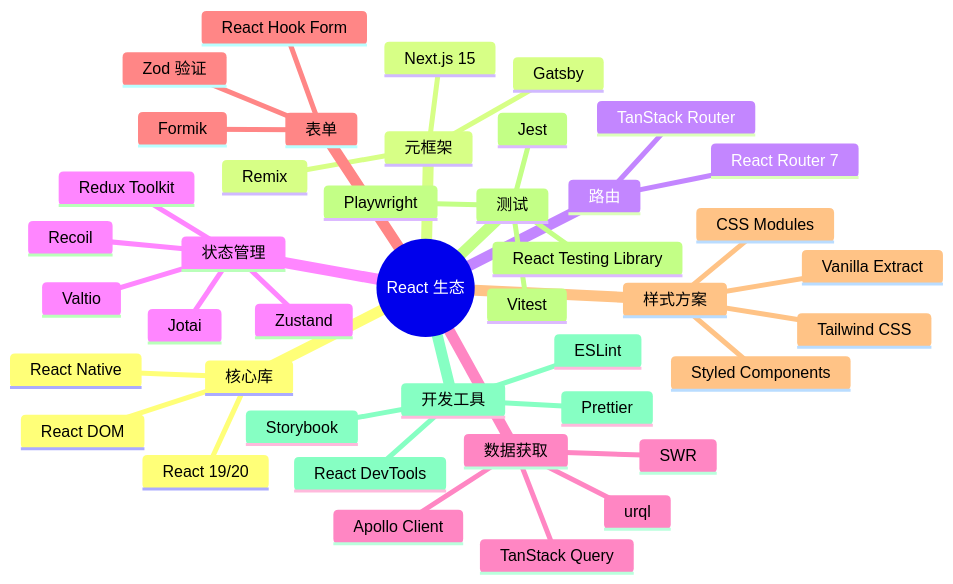
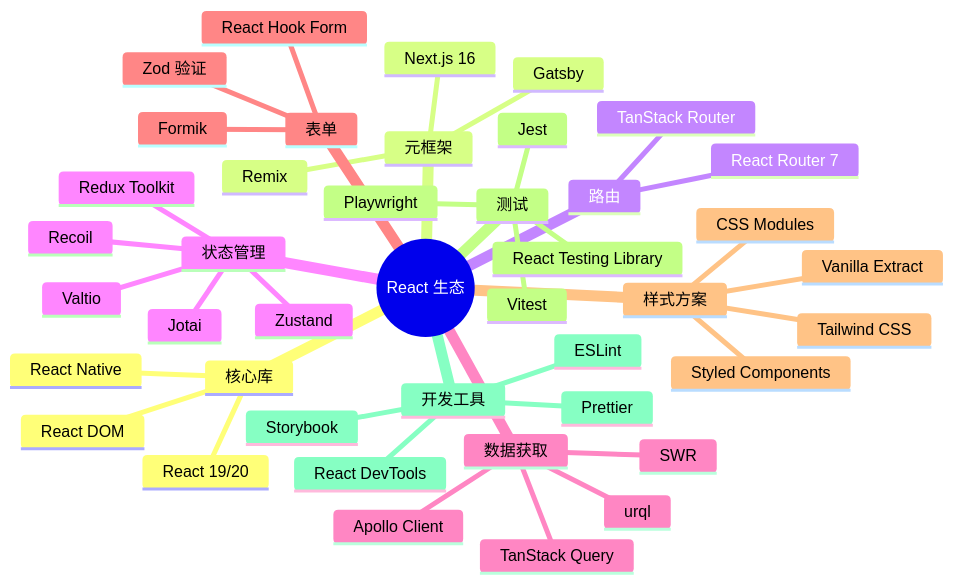
Before and after one commit to KMaybe01/common: the ninth of 51 diagrams in S2-框架深入/04-React19.md, drawn with Mermaid. The commit also changed other lines of this file and 25 other files, not shown here.

````diff
--- a/S2-框架深入/04-React19.md
+++ b/S2-框架深入/04-React19.md
@@ -651,45 +651,45 @@
 ```mermaid
 mindmap
   root((React 生态))
     核心库
       React 19/20
       React DOM
       React Native
     元框架
-      Next.js 15
+      Next.js 16
       Remix
       Gatsby
     路由
       React Router 7
       TanStack Router
     状态管理
       Zustand
       Redux Toolkit
       Jotai
       Recoil
       Valtio
     数据获取
       TanStack Query
       SWR
       Apollo Client
       urql
     表单
       React Hook Form
       Formik
       Zod 验证
     样式方案
       Tailwind CSS
       Styled Components
       CSS Modules
       Vanilla Extract
     测试
       Vitest
       Jest
       React Testing Library
       Playwright
     开发工具
       React DevTools
       ESLint
       Prettier
       Storybook
 ```
````
